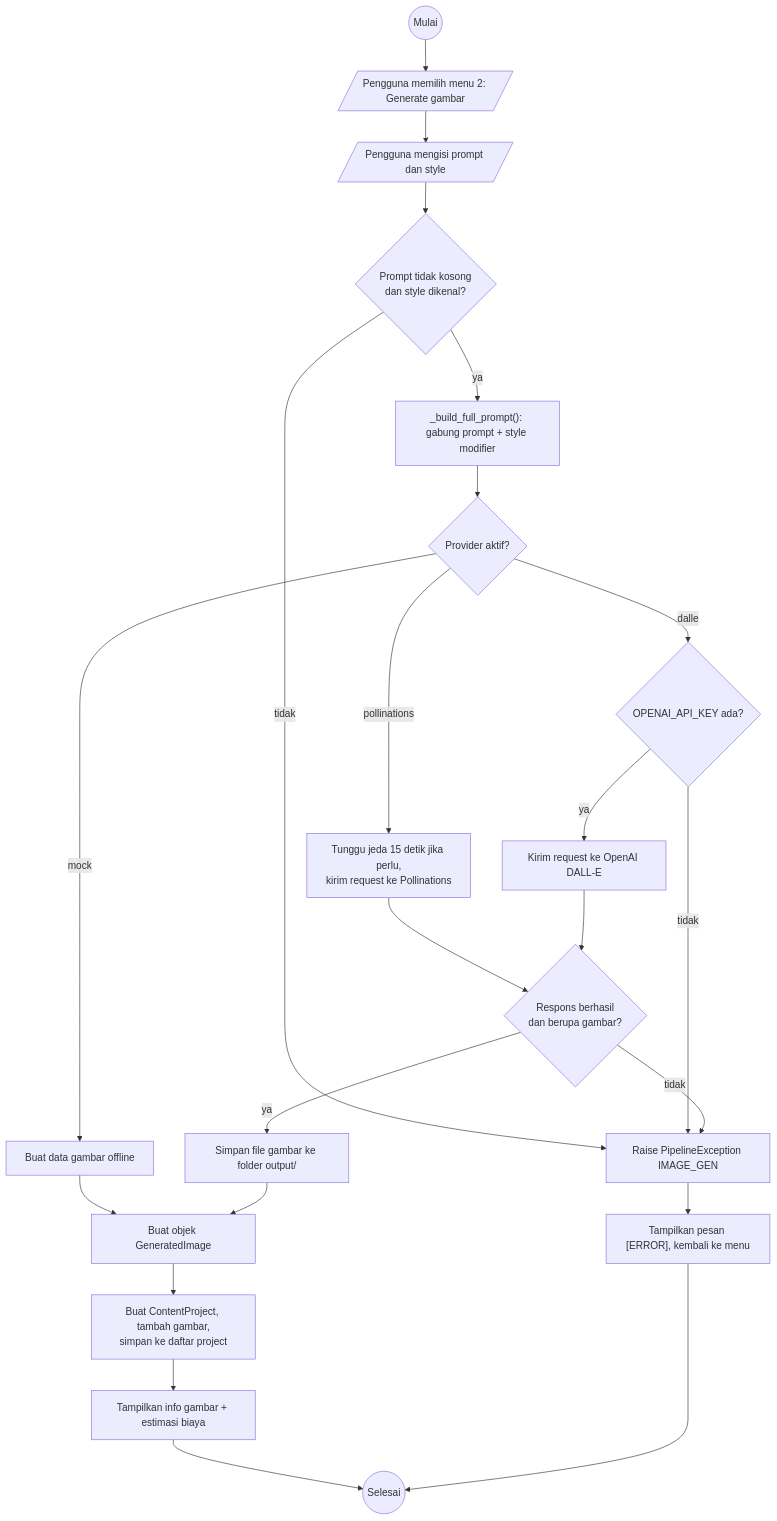
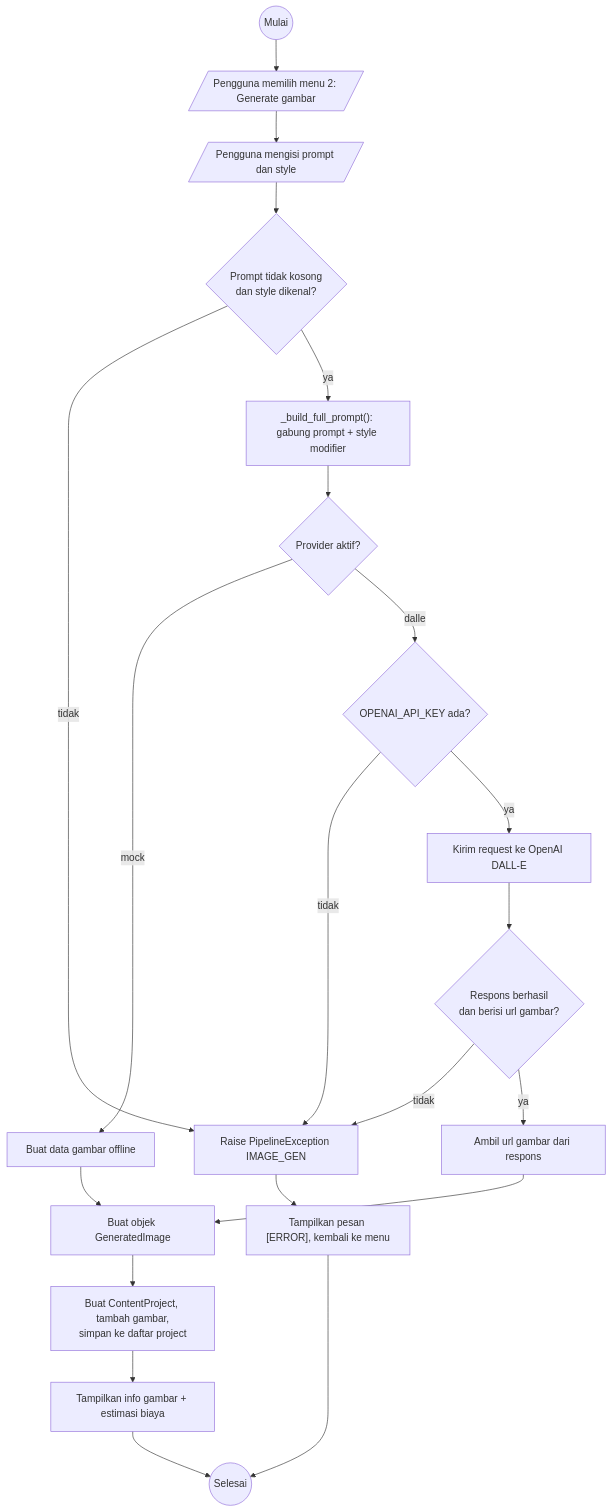
One commit to Sesu-laia/ai-content-studio changed the diagram in docs/diagrams/activity1.mmd. Above: the diagram before and after it, drawn with Mermaid. The commit also changed 18 other files, not shown here.

```diff
--- a/docs/diagrams/activity1.mmd
+++ b/docs/diagrams/activity1.mmd
@@ -1,23 +1,21 @@
 flowchart TD
     A((Mulai)) --> B[/"Pengguna memilih menu 2: Generate gambar"/]
     B --> C[/"Pengguna mengisi prompt dan style"/]
     C --> D{"Prompt tidak kosong<br/>dan style dikenal?"}
     D -- tidak --> E["Raise PipelineException IMAGE_GEN"]
     D -- ya --> F["_build_full_prompt(): gabung prompt + style modifier"]
     F --> G{"Provider aktif?"}
     G -- mock --> H["Buat data gambar offline"]
-    G -- pollinations --> I["Tunggu jeda 15 detik jika perlu,<br/>kirim request ke Pollinations"]
     G -- dalle --> J{"OPENAI_API_KEY ada?"}
     J -- tidak --> E
     J -- ya --> K["Kirim request ke OpenAI DALL-E"]
-    I --> L{"Respons berhasil<br/>dan berupa gambar?"}
-    K --> L
+    K --> L{"Respons berhasil<br/>dan berisi url gambar?"}
     L -- tidak --> E
-    L -- ya --> M["Simpan file gambar ke folder output/"]
+    L -- ya --> M["Ambil url gambar dari respons"]
     H --> N["Buat objek GeneratedImage"]
     M --> N
     N --> O["Buat ContentProject, tambah gambar,<br/>simpan ke daftar project"]
     O --> P["Tampilkan info gambar + estimasi biaya"]
     E --> Q["Tampilkan pesan [ERROR], kembali ke menu"]
     P --> Z((Selesai))
     Q --> Z
```
